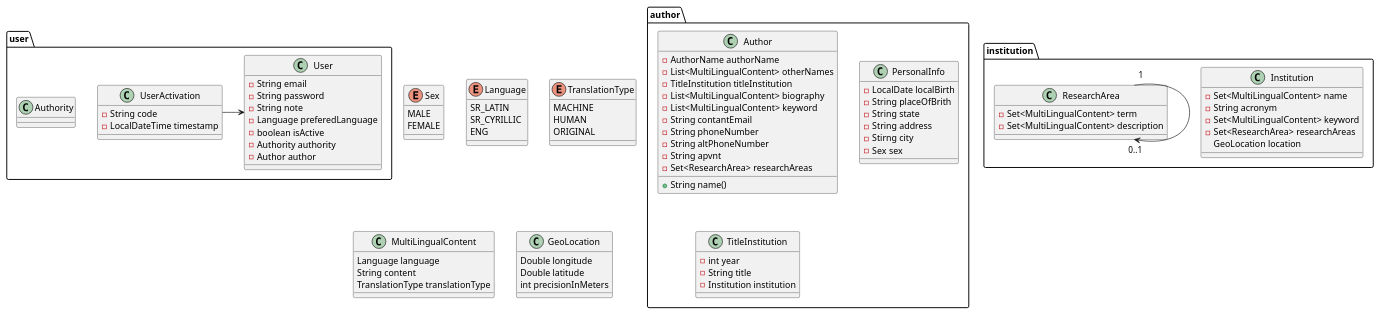
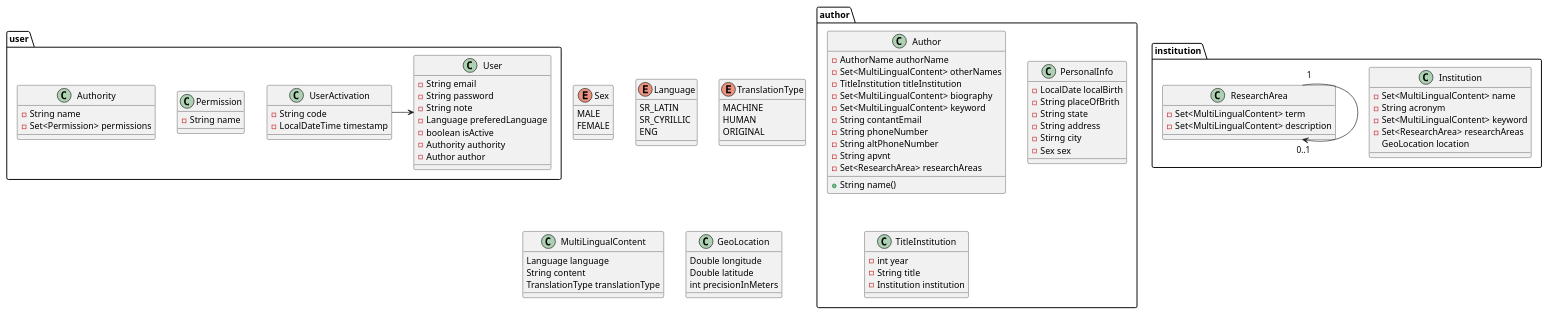
Before and after one commit to sci2zero/TeslaRIS-backend: the diagram in docs/model.puml, drawn with PlantUML.

```diff
--- a/docs/model.puml
+++ b/docs/model.puml
@@ -1,126 +1,132 @@
 @startuml
 
 'TODO: Da li uri kod ovih objekata predstavlja ID?
 'TODO: Za sta suzi locale
 'TODO: Sta da radim sa reocrd DTO
 'TODO: Author Position i Title razlike?
 'TODO: Da li treba JMBG u autora
 'TODO: Sta je PAVNT
 'TODO: Da li treba za autora is active
 'TODO: Fizicko ili logicko brisanje
 'TODO: Da li da autora identifikujemo preko ID foregin key ili preko emaila ili kako vec
 'TODO: Da li se Author ima id Usera ili User ima id Authora 
 
 enum Sex {
   MALE
   FEMALE
 }
 
 enum Language {
   SR_LATIN
   SR_CYRILLIC
   ENG
 }
 
 enum TranslationType {
   MACHINE
   HUMAN
   ORIGINAL
 }
 
 class MultiLingualContent {
   Language language
   String content
   TranslationType translationType
 }
 
 class GeoLocation {
   Double longitude
   Double latitude
   int precisionInMeters
 }
 
 package user {
+  
+  class Permission {
+    -String name
+  }
+  
   class Authority {
-
+    -String name
+    -Set<Permission> permissions 
   }
 
 
   class User {
     -String email
     -String password
     -String note
     -Language preferedLanguage
     -boolean isActive
     -Authority authority
     -Author author
   }
 
   class UserActivation {
     -String code
     -LocalDateTime timestamp
   }
   UserActivation -> User
 }
 
 
 
 
 package author {
   class Author {
     -AuthorName authorName
-    -List<MultiLingualContent> otherNames
+    -Set<MultiLingualContent> otherNames
     +String name()
     -TitleInstitution titleInstitution
-    -List<MultiLingualContent> biography
-    -List<MultiLingualContent> keyword
+    -Set<MultiLingualContent> biography
+    -Set<MultiLingualContent> keyword
     -String contantEmail
     -String phoneNumber
     -String altPhoneNumber
     -String apvnt
     -Set<ResearchArea> researchAreas 
 
   }
   ' TODO: What is other format names
 
 
   class PersonalInfo {
     -LocalDate localBirth
     -String placeOfBrith
     -String state
     -String address
     -Stirng city
     -Sex sex
   }
 
 ' TODO: Da li ce nekada biti potrebna instorija kada je dobio koje zvanje, da li je potrebna samo zadnja institucija ili?
   class TitleInstitution {
     -int year
     -String title
     -Institution institution
   }
 
 }
 
 
 ' TODO: Sta je someName
 package institution {
   class Institution {
     -Set<MultiLingualContent> name
     -String acronym
     -Set<MultiLingualContent> keyword
     -Set<ResearchArea> researchAreas
     GeoLocation location
   }
 
   class ResearchArea {
     -Set<MultiLingualContent> term
     -Set<MultiLingualContent> description
   }
   ResearchArea "1" --> "0..1" ResearchArea
 
 
 }
 
 
 @enduml
```
